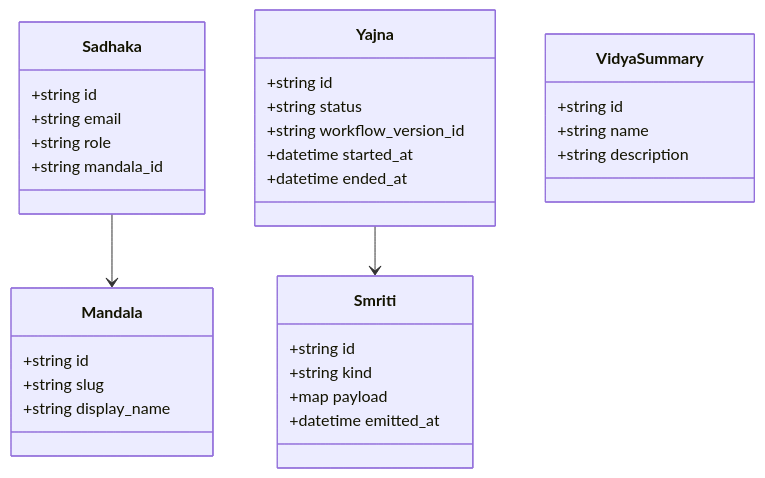
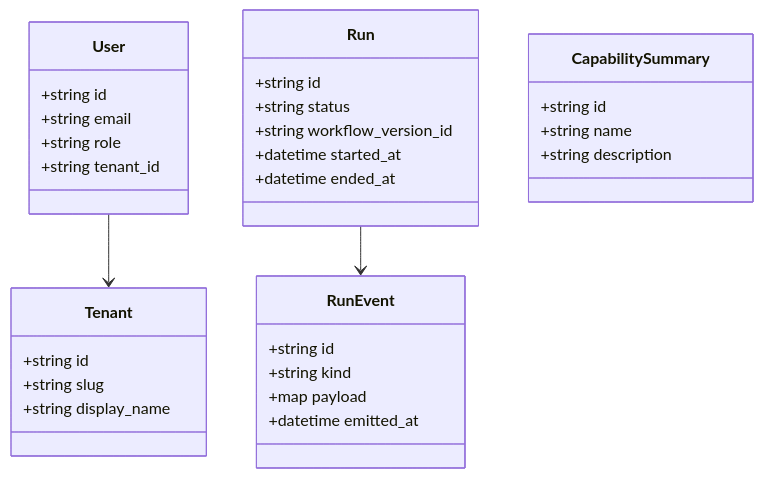
The eighth of 8 diagrams in documentation/src/04-Frontend-Architecture.md (so-weak/Aakaar), drawn with Mermaid before and after one commit. The commit also changed other lines of this file and 23 other files, not shown here.

````diff
--- a/documentation/src/04-Frontend-Architecture.md
+++ b/documentation/src/04-Frontend-Architecture.md
@@ -231,34 +242,34 @@
 ```mermaid
 classDiagram
-  class Sadhaka {
+  class User {
     +string id
     +string email
     +string role
-    +string mandala_id
+    +string tenant_id
   }
-  class Mandala {
+  class Tenant {
     +string id
     +string slug
     +string display_name
   }
-  class Yajna {
+  class Run {
     +string id
     +string status
     +string workflow_version_id
     +datetime started_at
     +datetime ended_at
   }
-  class Smriti {
+  class RunEvent {
     +string id
     +string kind
     +map payload
     +datetime emitted_at
   }
-  class VidyaSummary {
+  class CapabilitySummary {
     +string id
     +string name
     +string description
   }
-  Sadhaka --> Mandala
-  Yajna --> Smriti
+  User --> Tenant
+  Run --> RunEvent
 ```
````
